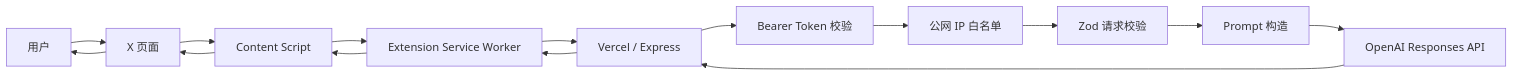
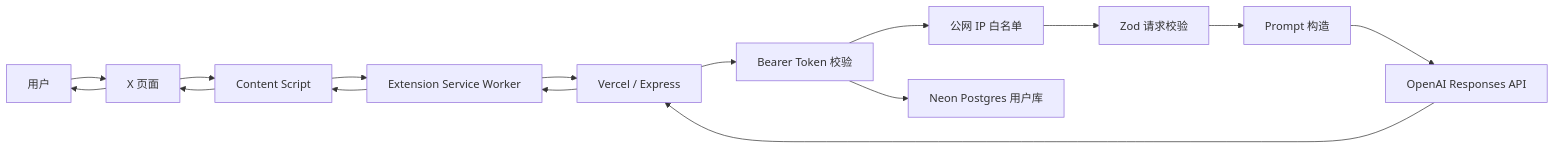
Before and after one commit to Harries/xleave: the first of 2 diagrams in docs/ARCHITECTURE.zh-CN.md, drawn with Mermaid. The commit also changed other lines of this file and 20 other files, not shown here.

````diff
--- a/docs/ARCHITECTURE.zh-CN.md
+++ b/docs/ARCHITECTURE.zh-CN.md
@@ -24,17 +24,18 @@
 ```mermaid
 flowchart LR
     U["用户"] --> X["X 页面"]
     X --> CS["Content Script"]
     CS --> SW["Extension Service Worker"]
     SW --> V["Vercel / Express"]
     V --> AUTH["Bearer Token 校验"]
     AUTH --> IP["公网 IP 白名单"]
     IP --> VALIDATE["Zod 请求校验"]
     VALIDATE --> PROMPT["Prompt 构造"]
     PROMPT --> OAI["OpenAI Responses API"]
+    AUTH --> DB["Neon Postgres 用户库"]
     OAI --> V
     V --> SW
     SW --> CS
     CS --> X
     X --> U
 ```
````
